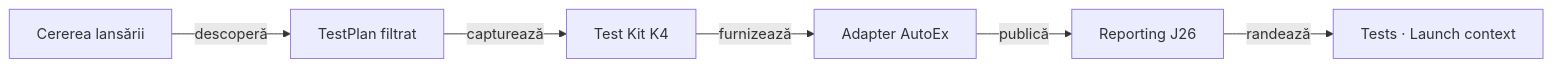
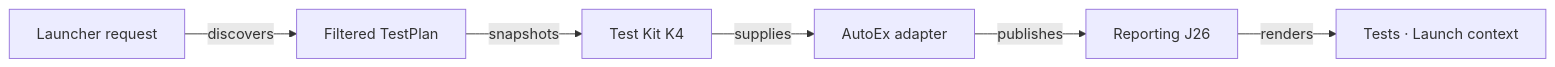
Before and after one commit to crististefanita/atf_j0: diagram 14 of 14 in atf-test-auto-ex/README.md, drawn with Mermaid. The commit also changed other lines of this file and 113 other files, not shown here.

````diff
--- a/atf-test-auto-ex/README.md
+++ b/atf-test-auto-ex/README.md
@@ -1689,8 +1838,8 @@
 ```mermaid
 flowchart LR
-    Request["Cererea lansării"] -->|descoperă| Plan["TestPlan filtrat"]
-    Plan -->|capturează| Kit["Test Kit K4"]
-    Kit -->|furnizează| Adapter["Adapter AutoEx"]
-    Adapter -->|publică| Reporting["Reporting J26"]
-    Reporting -->|randează| Tests["Tests · Launch context"]
+    Request["Launcher request"] -->|discovers| Plan["Filtered TestPlan"]
+    Plan -->|snapshots| Kit["Test Kit K4"]
+    Kit -->|supplies| Adapter["AutoEx adapter"]
+    Adapter -->|publishes| Reporting["Reporting J26"]
+    Reporting -->|renders| Tests["Tests · Launch context"]
 ```
````
